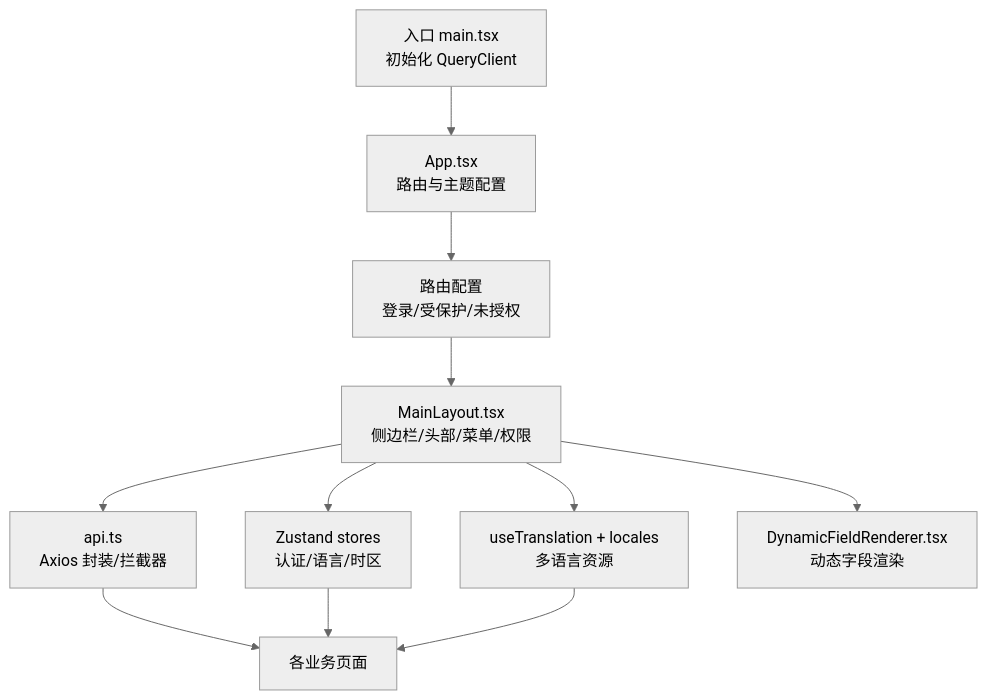
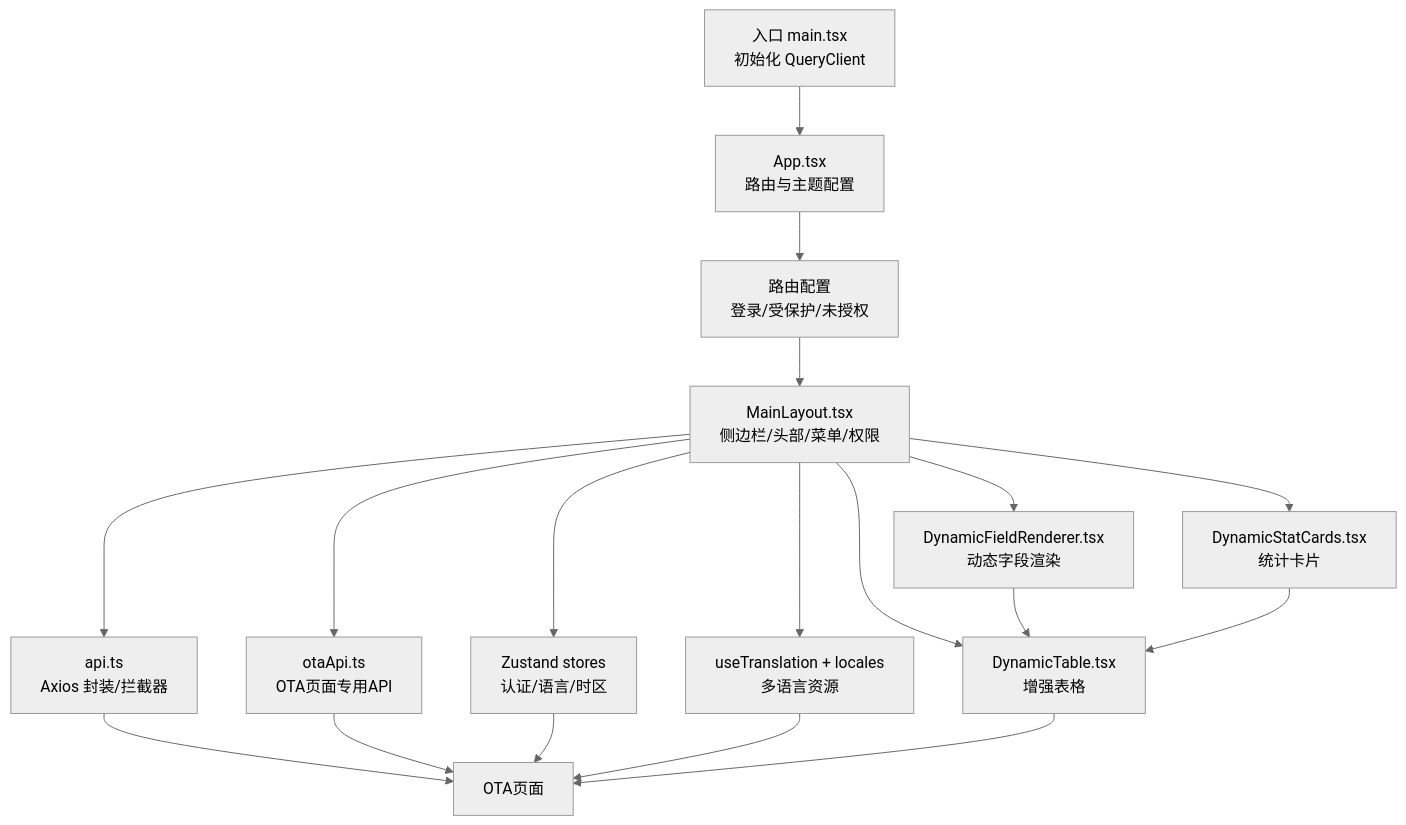
The second of 10 diagrams in .qoder/repowiki/zh/content/管理后台前端/管理后台前端.md (mcmrzy/cs_inv_monitor-develop), drawn with Mermaid (neutral theme) before and after one commit. The commit also changed other lines of this file and 128 other files, not shown here.

````diff
--- a/.qoder/repowiki/zh/content/管理后台前端/管理后台前端.md
+++ b/.qoder/repowiki/zh/content/管理后台前端/管理后台前端.md
@@ -132,13 +174,20 @@
 ```mermaid
 graph TB
 ENTRY["入口 main.tsx<br/>初始化 QueryClient"] --> APP["App.tsx<br/>路由与主题配置"]
 APP --> ROUTES["路由配置<br/>登录/受保护/未授权"]
 ROUTES --> LAYOUT["MainLayout.tsx<br/>侧边栏/头部/菜单/权限"]
 LAYOUT --> STORES["Zustand stores<br/>认证/语言/时区"]
 LAYOUT --> I18N["useTranslation + locales<br/>多语言资源"]
 LAYOUT --> API["api.ts<br/>Axios 封装/拦截器"]
+LAYOUT --> OTAAPI["otaApi.ts<br/>OTA页面专用API"]
 LAYOUT --> RENDER["DynamicFieldRenderer.tsx<br/>动态字段渲染"]
+LAYOUT --> STATS["DynamicStatCards.tsx<br/>统计卡片"]
+LAYOUT --> TABLE["DynamicTable.tsx<br/>增强表格"]
 API --> PAGES["各业务页面"]
+OTAAPI --> PAGES["OTA页面"]
 STORES --> PAGES
 I18N --> PAGES
+RENDER --> TABLE
+STATS --> TABLE
+TABLE --> PAGES
 ```
````
